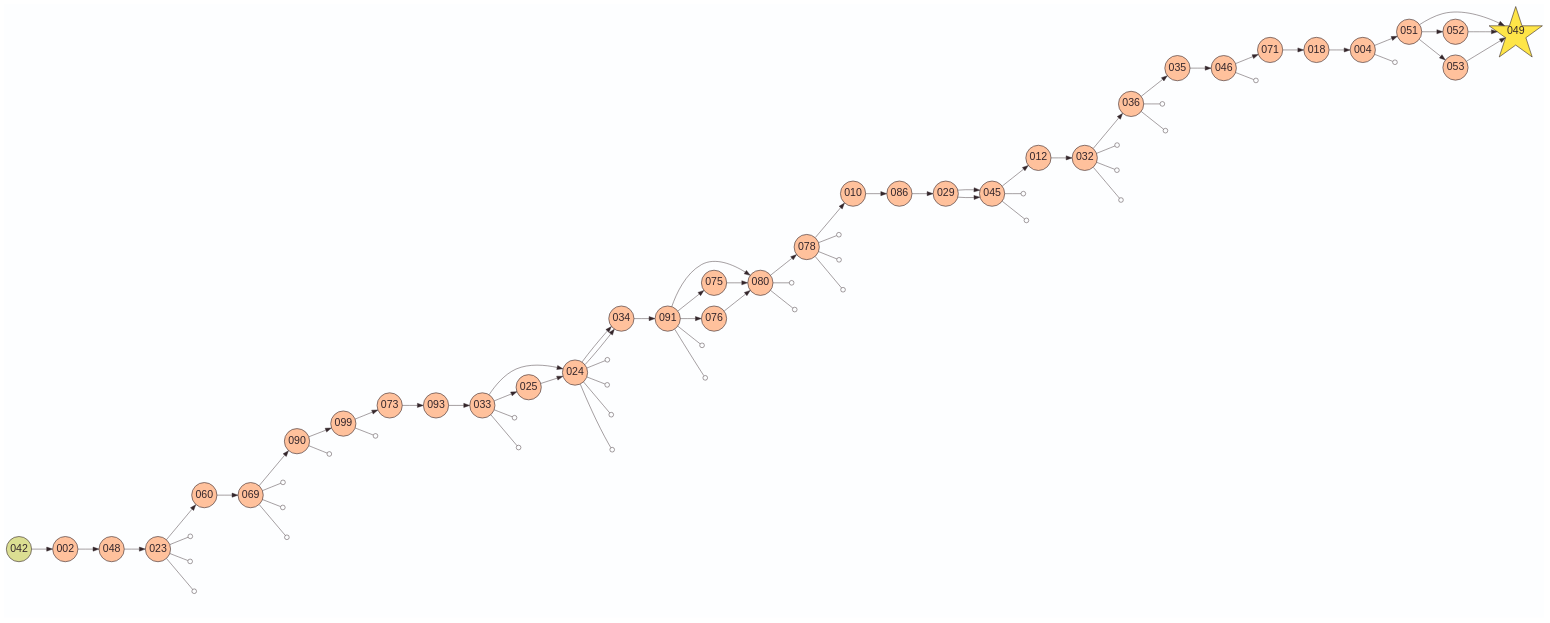
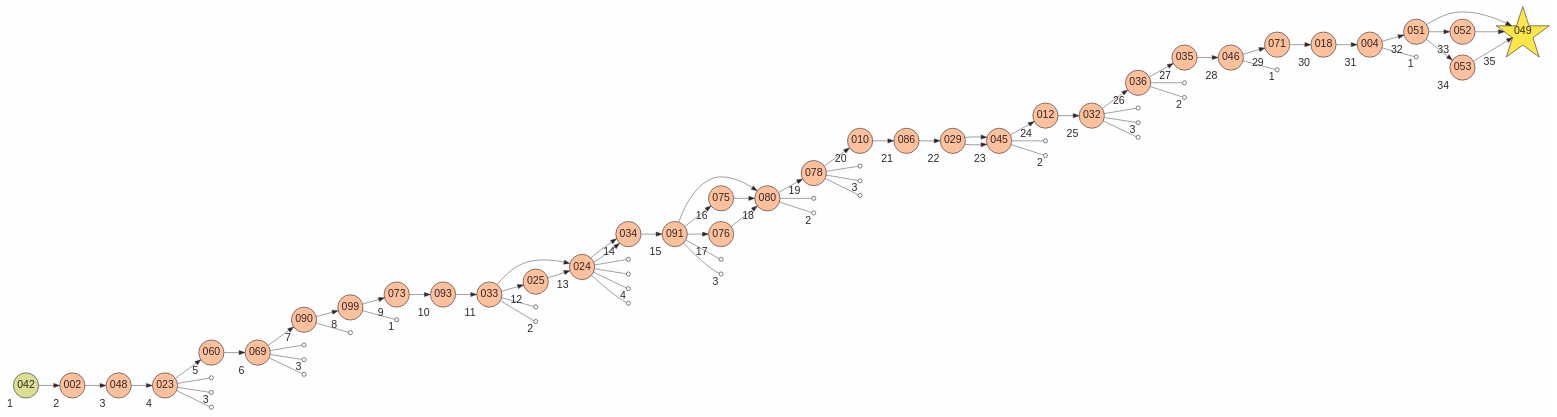
One commit to laowantong/sqlab_island changed the diagram in en/sqlite/output/activity_map.gv. Above: the diagram before and after it, drawn with Graphviz. The commit also changed 28 other files, not shown here.

```diff
--- a/en/sqlite/output/activity_map.gv
+++ b/en/sqlite/output/activity_map.gv
@@ -1,110 +1,171 @@
 digraph G {
     layout=dot
     rankdir=LR
     bgcolor="#FDFEFF"
     edge [color="#34262B" penwidth=0.75]
     node [
         shape=star
         fixedsize=true
         width=0.3
         height=0.3
         fillcolor="#FEE548"
         color="#34262B"
         fontcolor="#34262B"
         fontsize=18
         penwidth=1
         style=filled
         label=""
     ]
     
-    node [
-        width=1.2
-        height=1.2
-        fontname=Helvetica
-        label="\N"
-    ]
+    node [width=1.2 height=1.2 fontname=Helvetica label="\N"]
     049
-    node [
-        width=0.6
-        height=0.6
-        shape=circle
-        fillcolor="#FFC19C"
-    ]
-    002 048 023 060 069 090 099 073 093 033 024 025 024 034 034 091 080 075 076 080 080 078 010 086 029 045 045 012 032 036 035 046 071 018 004 051 052 053 049 049 049
+    node [ width=0.6 height=0.6 shape=circle fillcolor="#FFC19C"]
+    002 [xlabel=2]
+    048 [xlabel=3]
+    023 [xlabel=4]
+    060 [xlabel=5]
+    069 [xlabel=6]
+    090 [xlabel=7]
+    099 [xlabel=8]
+    073 [xlabel=9]
+    093 [xlabel=10]
+    033 [xlabel=11]
+    024 [xlabel=13]
+    025 [xlabel=12]
+    024 [xlabel=13]
+    034 [xlabel=14]
+    034 [xlabel=14]
+    091 [xlabel=15]
+    080 [xlabel=18]
+    075 [xlabel=16]
+    076 [xlabel=17]
+    080 [xlabel=18]
+    080 [xlabel=18]
+    078 [xlabel=19]
+    010 [xlabel=20]
+    086 [xlabel=21]
+    029 [xlabel=22]
+    045 [xlabel=23]
+    045 [xlabel=23]
+    012 [xlabel=24]
+    032 [xlabel=25]
+    036 [xlabel=26]
+    035 [xlabel=27]
+    046 [xlabel=28]
+    071 [xlabel=29]
+    018 [xlabel=30]
+    004 [xlabel=31]
+    051 [xlabel=32]
+    052 [xlabel=33]
+    053 [xlabel=34]
+    049 [xlabel=35]
+    049 [xlabel=35]
+    049 [xlabel=35]
     node [fillcolor="#DBDE92"]
+    
+    042 [xlabel=1]
     
     042 -> 002
     002 -> 048
     048 -> 023
     023 -> 060
     060 -> 069
     069 -> 090
     090 -> 099
     099 -> 073
     073 -> 093
     093 -> 033
     033 -> 024
     033 -> 025
     025 -> 024
     024 -> 034
     024 -> 034
     034 -> 091
     091 -> 080
     091 -> 075
     091 -> 076
     075 -> 080
     076 -> 080
     080 -> 078
     078 -> 010
     010 -> 086
     086 -> 029
     029 -> 045
     029 -> 045
     045 -> 012
     012 -> 032
     032 -> 036
     036 -> 035
     035 -> 046
     046 -> 071
     071 -> 018
     018 -> 004
     004 -> 051
     051 -> 052
     051 -> 053
     051 -> 049
     052 -> 049
     053 -> 049
-    node [style=invisible label=""]
-    49634567641071 48038106262884 36544000811616 70387888034034 76307533465793 73596625706163 30529521407667 16427621247298 137567818264690 133844634368524 166447123487581 161728381954968 165711365329111 165881901973859 23228768719000 25263687649022 28860022323271 17913110945546 34691307364334 34691307363378 34691307360644 237791690290201 234350336086754 39891969235649 40030811180335 39735907674280 128750693527757 130035311163695 203589828702201 66225330703443
-    edge [arrowhead=odot]
+    node [width=0.1 height=0.1 label="" fillcolor=none]
+    49634567641071
+    48038106262884 [xlabel=3]
+    36544000811616
+    70387888034034
+    76307533465793 [xlabel=3]
+    73596625706163
+    30529521407667
+    16427621247298 [xlabel=1]
+    137567818264690
+    133844634368524 [xlabel=2]
+    166447123487581
+    161728381954968
+    165711365329111 [xlabel=4]
+    165881901973859
+    23228768719000
+    25263687649022 [xlabel=3]
+    28860022323271
+    17913110945546 [xlabel=2]
+    34691307364334
+    34691307363378 [xlabel=3]
+    34691307360644
+    237791690290201
+    234350336086754 [xlabel=2]
+    39891969235649
+    40030811180335 [xlabel=3]
+    39735907674280
+    128750693527757
+    130035311163695 [xlabel=2]
+    203589828702201 [xlabel=1]
+    66225330703443 [xlabel=1]
+    edge [arrowhead=none]
     023 -> 49634567641071
     023 -> 48038106262884
     023 -> 36544000811616
     069 -> 70387888034034
     069 -> 76307533465793
     069 -> 73596625706163
     090 -> 30529521407667
     099 -> 16427621247298
     033 -> 137567818264690
     033 -> 133844634368524
     024 -> 166447123487581
     024 -> 161728381954968
     024 -> 165711365329111
     024 -> 165881901973859
     091 -> 23228768719000
     091 -> 25263687649022
     080 -> 28860022323271
     080 -> 17913110945546
     078 -> 34691307364334
     078 -> 34691307363378
     078 -> 34691307360644
     045 -> 237791690290201
     045 -> 234350336086754
     032 -> 39891969235649
     032 -> 40030811180335
     032 -> 39735907674280
     036 -> 128750693527757
     036 -> 130035311163695
     046 -> 203589828702201
     004 -> 66225330703443
 }
```
